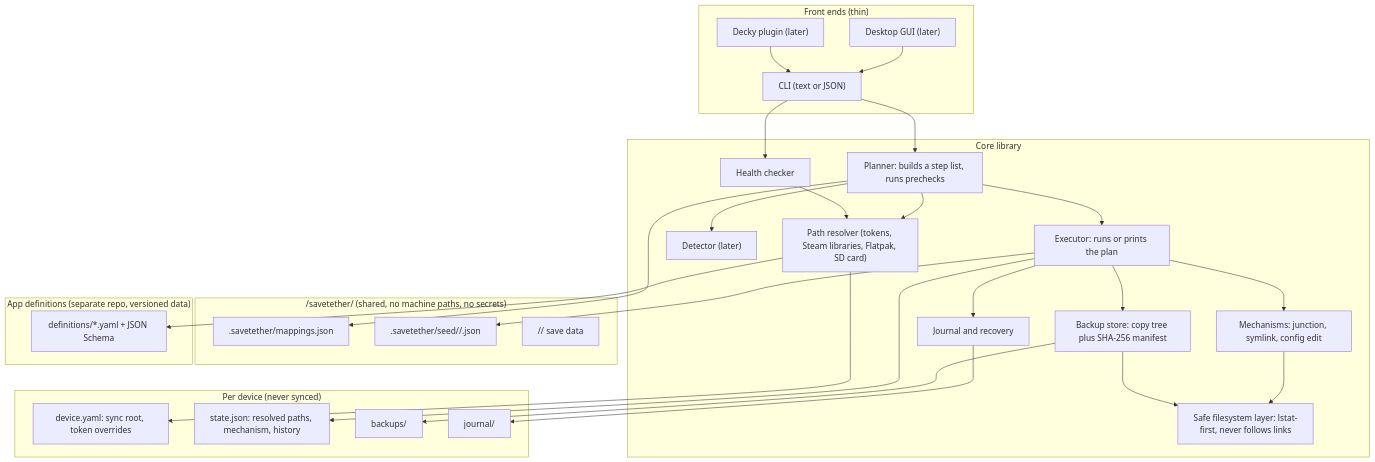
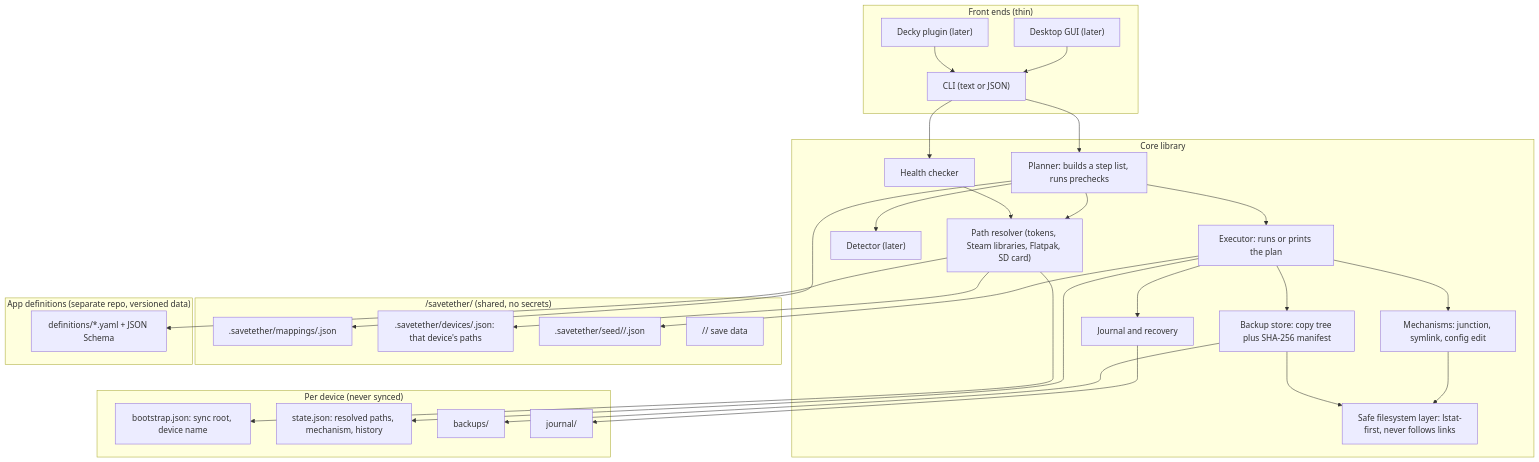
One commit to carlocgc/SaveTether changed the first of 2 diagrams in docs/design/save-redirection-design.md. Above: the diagram before and after it, drawn with Mermaid. The commit also changed other lines of this file, not shown here.

First line of the commit message:
Share device config and close phase 1 spec gaps

````diff
--- a/docs/design/save-redirection-design.md
+++ b/docs/design/save-redirection-design.md
@@ -217,55 +218,57 @@
 ```mermaid
 flowchart TB
   subgraph UI["Front ends (thin)"]
     CLI["CLI (text or JSON)"]
     GUI["Desktop GUI (later)"]
     DECKY["Decky plugin (later)"]
   end
   GUI --> CLI
   DECKY --> CLI
 
   subgraph CORE["Core library"]
     RES["Path resolver (tokens, Steam libraries, Flatpak, SD card)"]
     DET["Detector (later)"]
     PLAN["Planner: builds a step list, runs prechecks"]
     EXEC["Executor: runs or prints the plan"]
     HEALTH["Health checker"]
     SAFEFS["Safe filesystem layer: lstat-first, never follows links"]
     MECH["Mechanisms: junction, symlink, config edit"]
     BK["Backup store: copy tree plus SHA-256 manifest"]
     JR["Journal and recovery"]
   end
   CLI --> PLAN
   CLI --> HEALTH
   PLAN --> RES
   PLAN --> DET
   PLAN --> EXEC
   EXEC --> MECH
   EXEC --> BK
   EXEC --> JR
   MECH --> SAFEFS
   BK --> SAFEFS
   HEALTH --> RES
 
-  subgraph SHARED["<sync root>/savetether/ (shared, no machine paths, no secrets)"]
-    MAP[".savetether/mappings.json"]
+  subgraph SHARED["<sync root>/savetether/ (shared, no secrets)"]
+    MAP[".savetether/mappings/<mapping>.json"]
+    DEV[".savetether/devices/<device>.json: that device's paths"]
     SEED[".savetether/seed/<mapping>/<device>.json"]
     DATA["<app>/<save folder>/ save data"]
   end
   subgraph LOCAL["Per device (never synced)"]
-    DEV["device.yaml: sync root, token overrides"]
+    BOOT["bootstrap.json: sync root, device name"]
     STATE["state.json: resolved paths, mechanism, history"]
     BACK["backups/"]
     JOUR["journal/"]
   end
   subgraph DEFS["App definitions (separate repo, versioned data)"]
     D1["definitions/*.yaml + JSON Schema"]
   end
+  RES --> BOOT
   RES --> DEV
   RES --> D1
   PLAN --> MAP
   EXEC --> STATE
   BK --> BACK
   JR --> JOUR
   EXEC --> SEED
 ```
````
